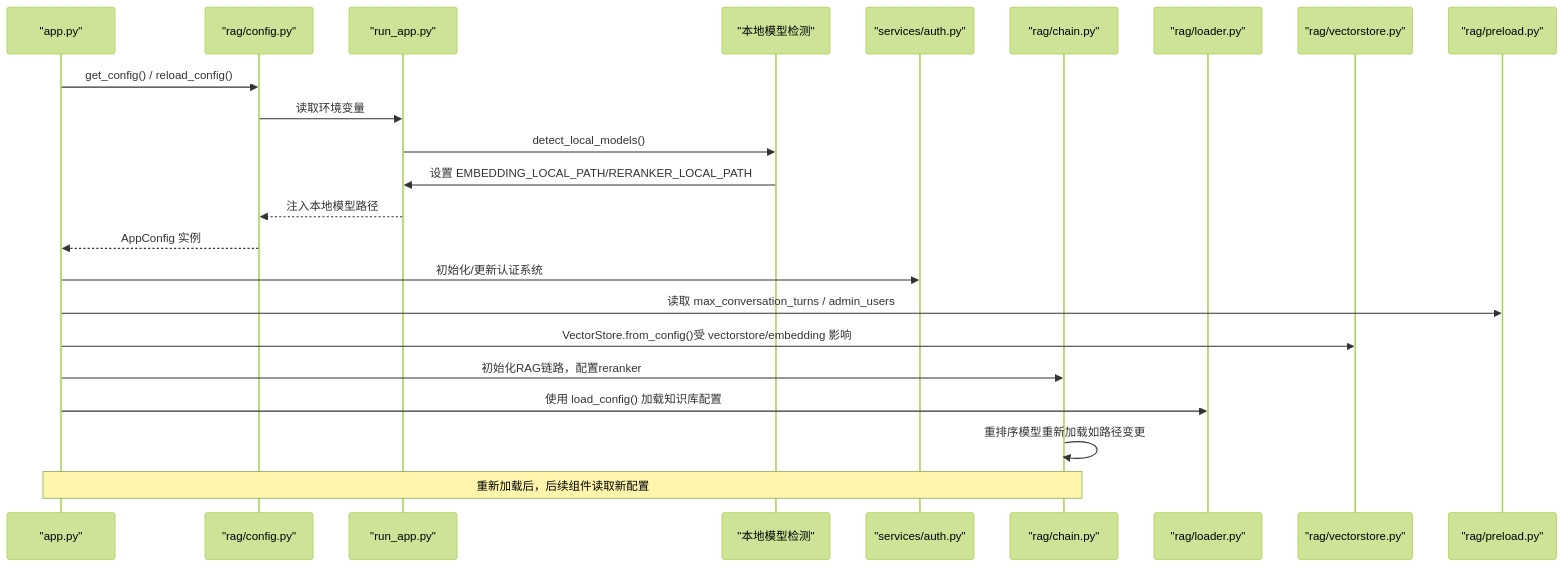
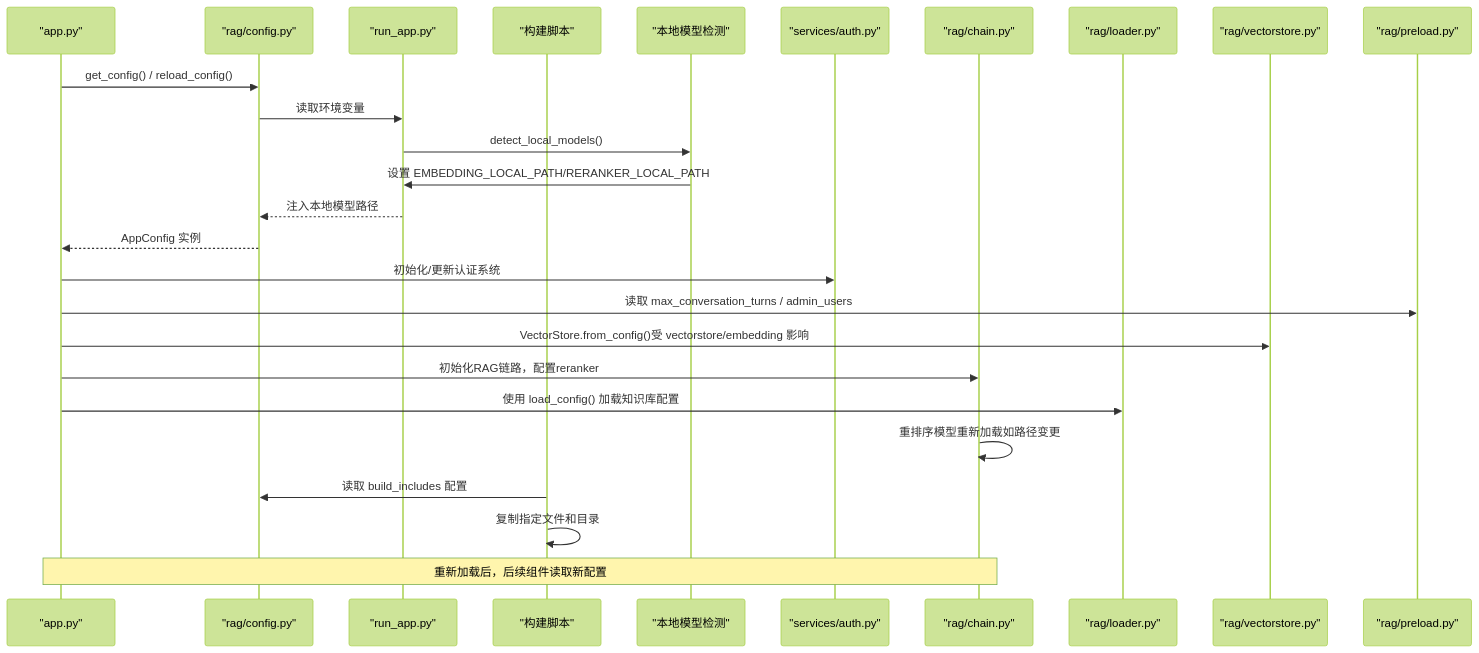
The fifth of 9 diagrams in .qoder/repowiki/zh/content/RAG核心引擎/配置管理系统.md (joyafa/knowledge), drawn with Mermaid (forest theme) before and after one commit. The commit also changed other lines of this file and 12 other files, not shown here.

````diff
--- a/.qoder/repowiki/zh/content/RAG核心引擎/配置管理系统.md
+++ b/.qoder/repowiki/zh/content/RAG核心引擎/配置管理系统.md
@@ -358,25 +382,28 @@
 ```mermaid
 sequenceDiagram
 participant APP as "app.py"
 participant CFG as "rag/config.py"
 participant RUNTIME as "run_app.py"
+participant BUILD as "构建脚本"
 participant DETECT as "本地模型检测"
 participant AUTH as "services/auth.py"
 participant CHAIN as "rag/chain.py"
 participant LOADER as "rag/loader.py"
 participant VS as "rag/vectorstore.py"
 participant PRE as "rag/preload.py"
 APP->>CFG : get_config() / reload_config()
 CFG->>RUNTIME : 读取环境变量
 RUNTIME->>DETECT : detect_local_models()
 DETECT->>RUNTIME : 设置 EMBEDDING_LOCAL_PATH/RERANKER_LOCAL_PATH
 RUNTIME-->>CFG : 注入本地模型路径
 CFG-->>APP : AppConfig 实例
 APP->>AUTH : 初始化/更新认证系统
 APP->>PRE : 读取 max_conversation_turns / admin_users
 APP->>VS : VectorStore.from_config()受 vectorstore/embedding 影响
 APP->>CHAIN : 初始化RAG链路，配置reranker
 APP->>LOADER : 使用 load_config() 加载知识库配置
 CHAIN->>CHAIN : 重排序模型重新加载如路径变更
+BUILD->>CFG : 读取 build_includes 配置
+BUILD->>BUILD : 复制指定文件和目录
 Note over APP,CHAIN : 重新加载后，后续组件读取新配置
 ```
````
